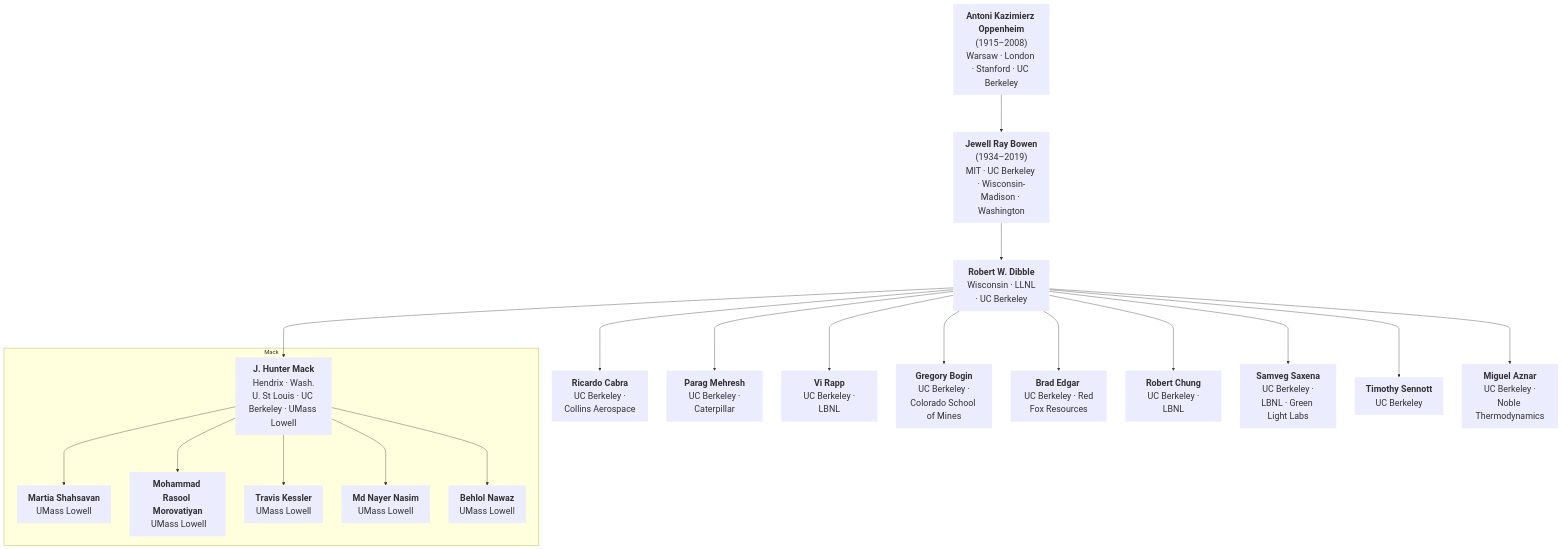
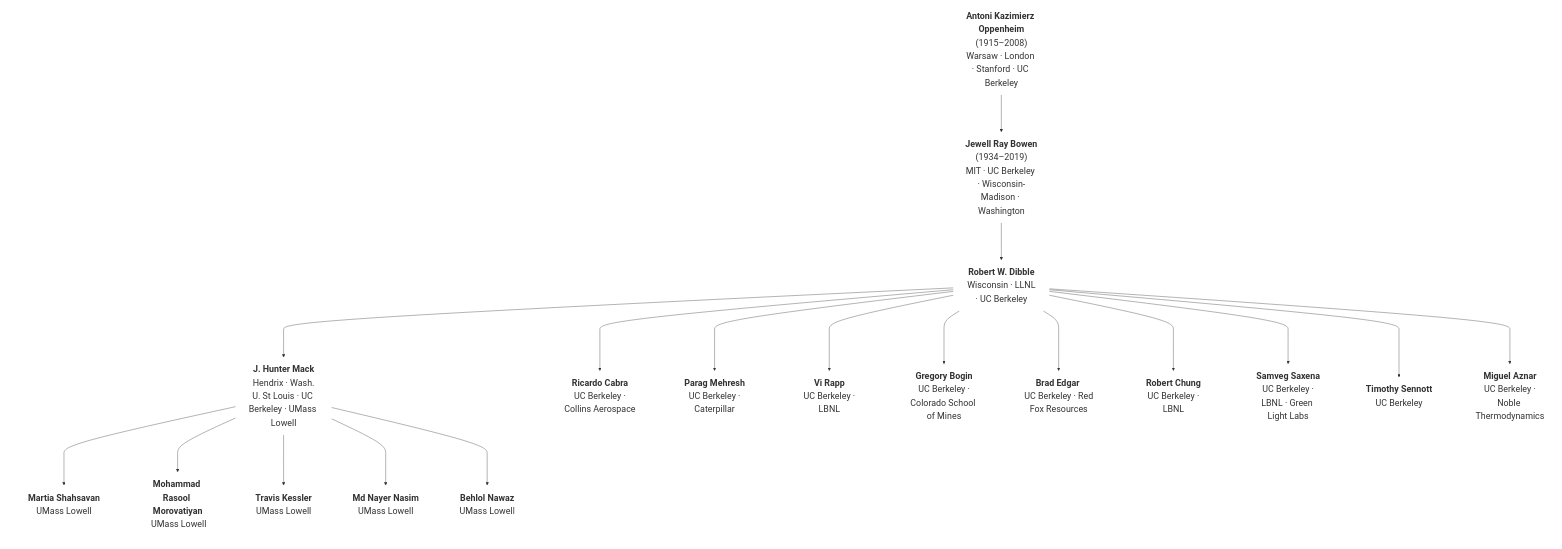
Before and after one commit to bnawaz95/ECRL-acad-tree: the diagram in acad_tree.md, drawn with Mermaid.

Commit message:
Cleaning up backgrounds and subgroup titles.

````diff
--- a/acad_tree.md
+++ b/acad_tree.md
@@ -1,51 +1,55 @@
 ```mermaid
 %%{init: {"flowchart": {"curve":"basis"}}}%%
 flowchart TD
     A["<b>Antoni Kazimierz Oppenheim</b><br/>(1915–2008)<br/>Warsaw · London · Stanford · UC Berkeley"]
 
     B["<b>Jewell Ray Bowen</b><br/>(1934–2019)<br/>MIT · UC Berkeley · Wisconsin-Madison · Washington"]
 
     C["<b>Robert W. Dibble</b><br/> Wisconsin · LLNL · UC Berkeley"]
 
     D0["<b>J. Hunter Mack</b><br/> Hendrix · Wash. U. St Louis · UC Berkeley · UMass Lowell"]
     D1["<b>Ricardo Cabra</b><br/> UC Berkeley · Collins Aerospace"]
     D2["<b>Parag Mehresh</b><br/> UC Berkeley · Caterpillar"]
     D3["<b>Vi Rapp</b><br/> UC Berkeley · LBNL"]
     D4["<b>Gregory Bogin</b><br/> UC Berkeley · Colorado School of Mines"]
     D5["<b>Brad Edgar </b><br/> UC Berkeley · Red Fox Resources"]
     D6["<b>Robert Chung</b><br/> UC Berkeley · LBNL"]
     D7["<b>Samveg Saxena</b><br/> UC Berkeley · LBNL · Green Light Labs"]
     D8["<b>Timothy Sennott</b><br/> UC Berkeley"]
     D9["<b>Miguel Aznar</b><br/> UC Berkeley · Noble Thermodynamics"]
 
     E1["<b>Martia Shahsavan</b><br/> UMass Lowell"]
     E2["<b>Mohammad Rasool Morovatiyan</b><br/> UMass Lowell"]
     E3["<b>Travis Kessler</b><br/> UMass Lowell"]
     E4["<b>Md Nayer Nasim</b><br/> UMass Lowell"]
     E5["<b>Behlol Nawaz</b><br/> UMass Lowell"]
 
     A ---> B
     B ---> C
 
     C ---> D0
     C ---> D1
     C ---> D2
     C ---> D3
     C ---> D4
     C ---> D5
     C ---> D6
     C ---> D7
     C ---> D8
     C ---> D9
 
-    subgraph Mack
+    subgraph Mack [" "]
     D0 ---> E1
     D0 ---> E2
     D0 ---> E3
     D0 ---> E4
     D0 ---> E5
     end
 
-classDef noBorder stroke:none,stroke-width:0px,fill:#None,font-size:24px;
+classDef noBorder stroke:none,stroke-width:0px,fill:none,font-size:24px;
 class A,B,C,D0,D1,D2,D3,D4,D5,D6,D6,D7,D8,D9,E1,E2,E3,E4,E5, noBorder
+
+%% Style the subgraph to be invisible
+classDef invisible fill:none,stroke:none,stroke-width:0;
+class Mack invisible;
 ```
````
